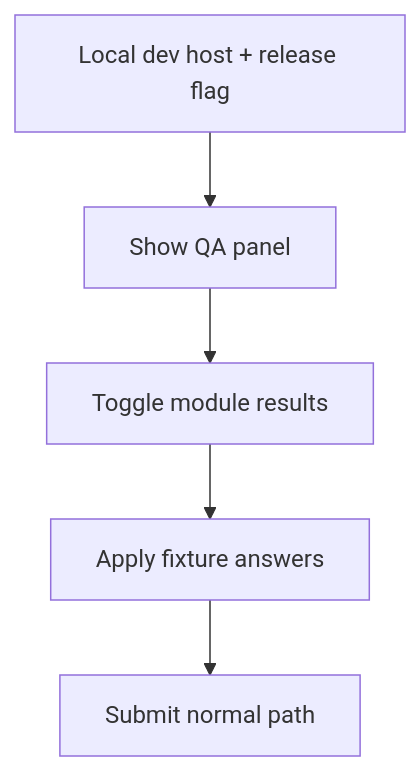
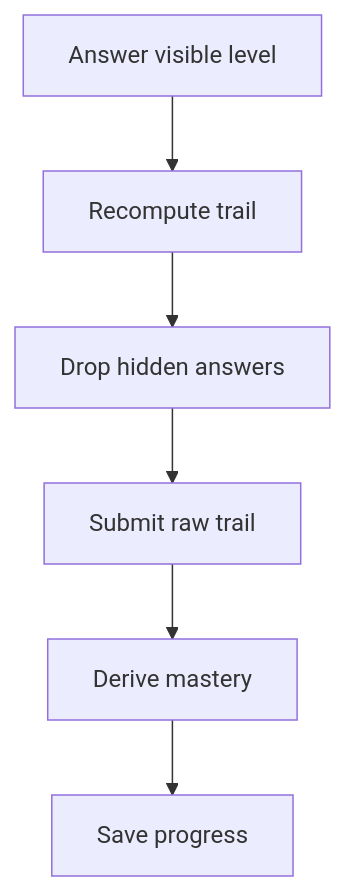
Before and after one commit to JohnAndrewBalbarosa/NeoTerritory: the second of 2 diagrams in docs/Codebase/Frontend/src/components/learn/LearningAssessmentPage.tsx.md, drawn with Mermaid. The commit also changed other lines of this file and 13 other files, not shown here.

````diff
--- a/docs/Codebase/Frontend/src/components/learn/LearningAssessmentPage.tsx.md
+++ b/docs/Codebase/Frontend/src/components/learn/LearningAssessmentPage.tsx.md
@@ -26,7 +26,8 @@
 ```mermaid
 flowchart TD
-    A[Local dev host + release flag] --> B[Show QA panel]
-    B --> C[Toggle module results]
-    C --> D[Apply fixture answers]
-    D --> E[Submit normal path]
+    A[Answer visible level] --> B[Recompute trail]
+    B --> C[Drop hidden answers]
+    C --> D[Submit raw trail]
+    D --> E[Derive mastery]
+    E --> F[Save progress]
 ```
````
